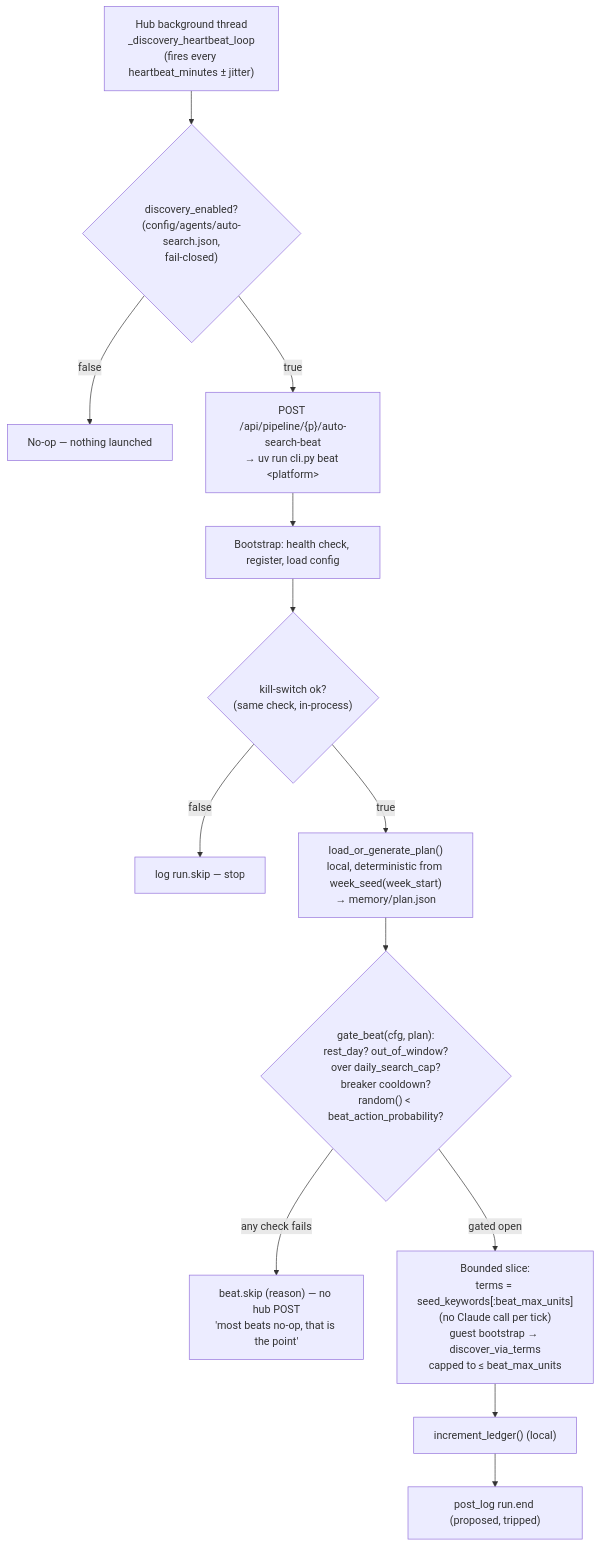
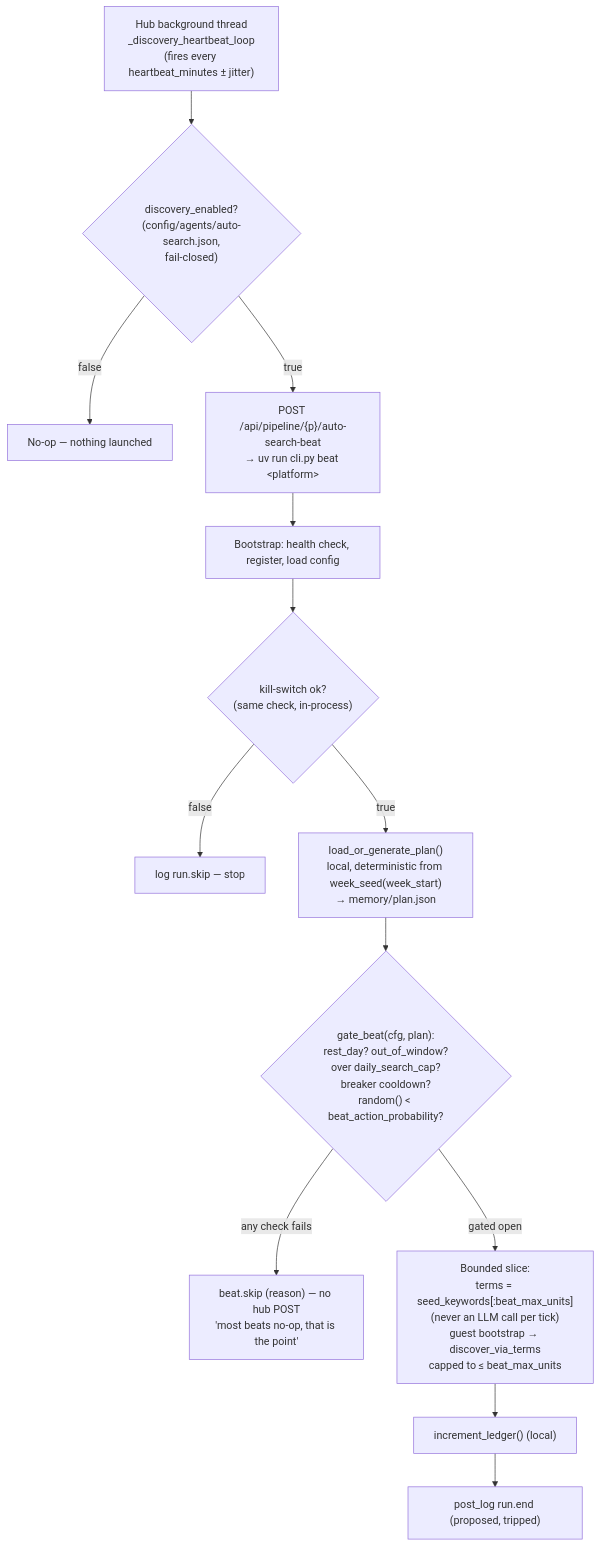
Before and after one commit to VincitoreSi/TheCuttingRoom: the second of 2 diagrams in documentation/docs/agents-autosearch.md, drawn with Mermaid. The commit also changed other lines of this file and 28 other files, not shown here.

````diff
--- a/documentation/docs/agents-autosearch.md
+++ b/documentation/docs/agents-autosearch.md
@@ -88,26 +91,26 @@
 ```mermaid
 flowchart TD
     HB["Hub background thread<br/>_discovery_heartbeat_loop<br/>(fires every heartbeat_minutes ± jitter)"]
     KS{"discovery_enabled?<br/>(config/agents/auto-search.json,<br/>fail-closed)"}
     SKIP1["No-op — nothing launched"]
     LAUNCH["POST /api/pipeline/{p}/auto-search-beat<br/>→ uv run cli.py beat &lt;platform&gt;"]
 
     BOOT["Bootstrap: health check, register, load config"]
     KS2{"kill-switch ok?<br/>(same check, in-process)"}
     SKIP2["log run.skip — stop"]
     PLAN["load_or_generate_plan()<br/>local, deterministic from week_seed(week_start)<br/>→ memory/plan.json"]
     GATE{"gate_beat(cfg, plan):<br/>rest_day? out_of_window?<br/>over daily_search_cap?<br/>breaker cooldown?<br/>random() &lt; beat_action_probability?"}
     NOOP["beat.skip (reason) — no hub POST<br/>'most beats no-op, that is the point'"]
-    SLICE["Bounded slice:<br/>terms = seed_keywords[:beat_max_units]<br/>(no Claude call per tick)<br/>guest bootstrap → discover_via_terms<br/>capped to ≤ beat_max_units"]
+    SLICE["Bounded slice:<br/>terms = seed_keywords[:beat_max_units]<br/>(never an LLM call per tick)<br/>guest bootstrap → discover_via_terms<br/>capped to ≤ beat_max_units"]
     LEDGER["increment_ledger() (local)"]
     LOG["post_log run.end (proposed, tripped)"]
 
     HB --> KS
     KS -- false --> SKIP1
     KS -- true --> LAUNCH
     LAUNCH --> BOOT --> KS2
     KS2 -- false --> SKIP2
     KS2 -- true --> PLAN --> GATE
     GATE -- any check fails --> NOOP
     GATE -- gated open --> SLICE --> LEDGER --> LOG
 ```
````
